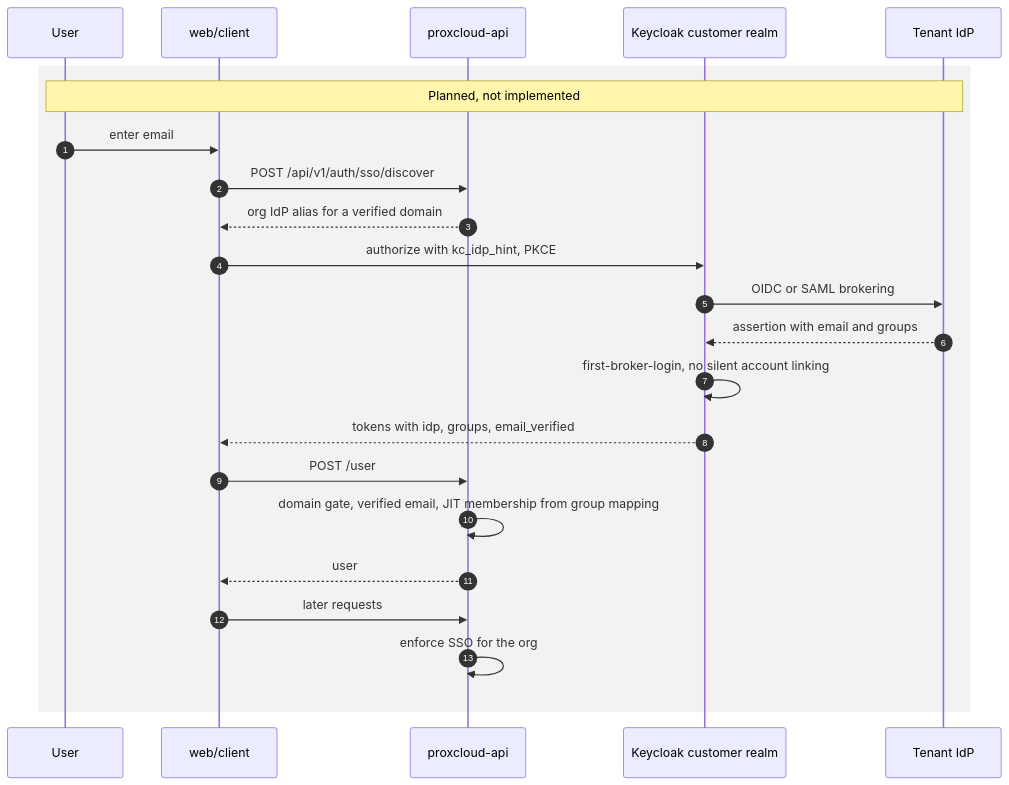
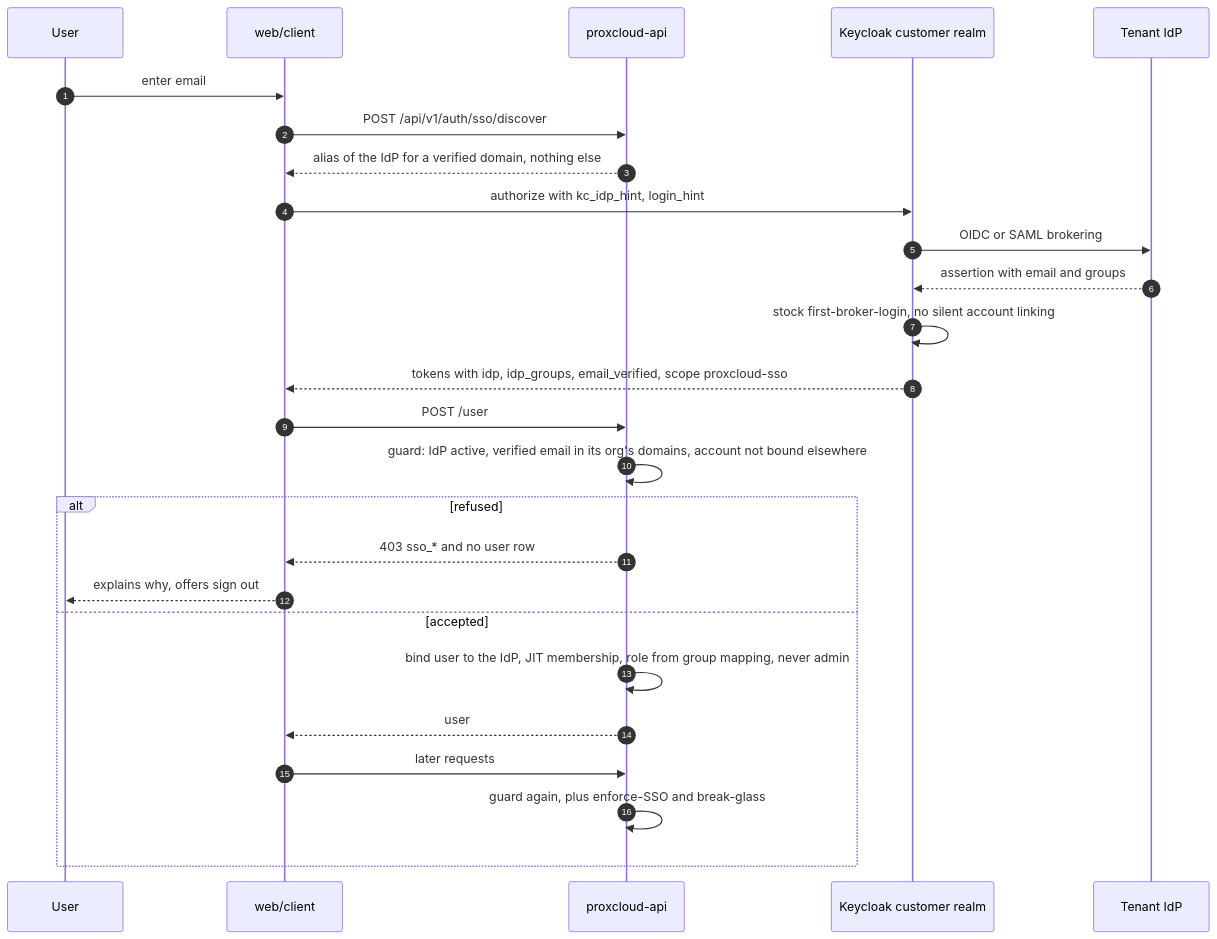
Before and after one commit to mutex-solutions/proxcloud: the seventh of 7 diagrams in docs/architecture/c4/c4-code.md, drawn with Mermaid. The commit also changed other lines of this file and 5 other files, not shown here.

````diff
--- a/docs/architecture/c4/c4-code.md
+++ b/docs/architecture/c4/c4-code.md
@@ -353,26 +353,29 @@
 ```mermaid
 sequenceDiagram
   autonumber
   participant U as User
   participant SPA as web/client
   participant API as proxcloud-api
   participant KC as Keycloak customer realm
   participant IDP as Tenant IdP
 
-  rect rgb(242, 242, 242)
-    Note over U,IDP: Planned, not implemented
-    U->>SPA: enter email
-    SPA->>API: POST /api/v1/auth/sso/discover
-    API-->>SPA: org IdP alias for a verified domain
-    SPA->>KC: authorize with kc_idp_hint, PKCE
-    KC->>IDP: OIDC or SAML brokering
-    IDP-->>KC: assertion with email and groups
-    KC->>KC: first-broker-login, no silent account linking
-    KC-->>SPA: tokens with idp, groups, email_verified
-    SPA->>API: POST /user
-    API->>API: domain gate, verified email, JIT membership from group mapping
+  U->>SPA: enter email
+  SPA->>API: POST /api/v1/auth/sso/discover
+  API-->>SPA: alias of the IdP for a verified domain, nothing else
+  SPA->>KC: authorize with kc_idp_hint, login_hint
+  KC->>IDP: OIDC or SAML brokering
+  IDP-->>KC: assertion with email and groups
+  KC->>KC: stock first-broker-login, no silent account linking
+  KC-->>SPA: tokens with idp, idp_groups, email_verified, scope proxcloud-sso
+  SPA->>API: POST /user
+  API->>API: guard: IdP active, verified email in its org's domains, account not bound elsewhere
+  alt refused
+    API-->>SPA: 403 sso_* and no user row
+    SPA-->>U: explains why, offers sign out
+  else accepted
+    API->>API: bind user to the IdP, JIT membership, role from group mapping, never admin
     API-->>SPA: user
     SPA->>API: later requests
-    API->>API: enforce SSO for the org
+    API->>API: guard again, plus enforce-SSO and break-glass
   end
 ```
````
